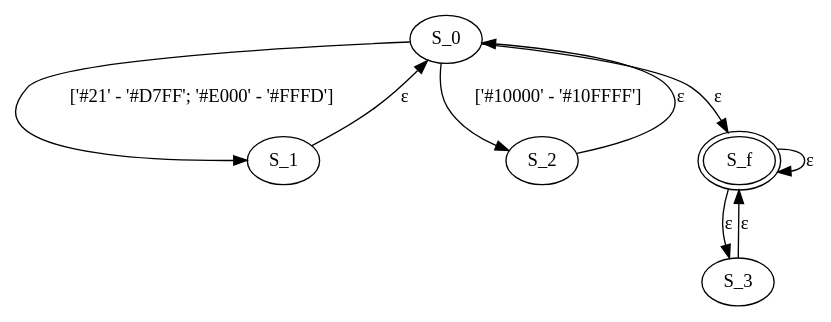
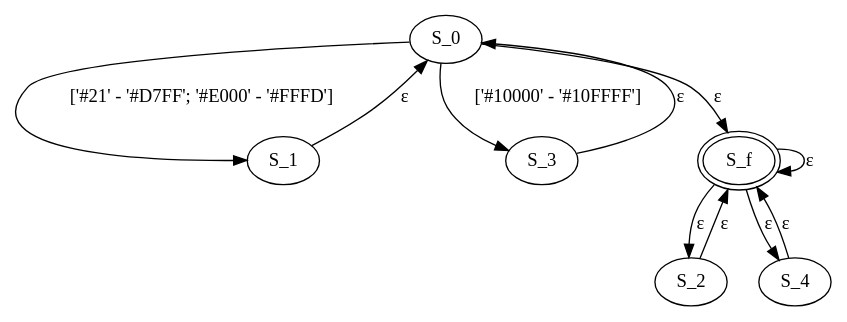
One commit to cmsmcq/gingersnap changed the diagram in toys/images/g012.fsa.dot. Above: the diagram before and after it, drawn with Graphviz. The commit also changed 7 other files, not shown here.

```diff
--- a/toys/images/g012.fsa.dot
+++ b/toys/images/g012.fsa.dot
@@ -1,20 +1,23 @@
 digraph rgfsa {
   /* Circles-and-arrows diagram of FSA from right-regular grammar. 
      Generated by rg-to-dot.xsl.
      Input:file:/Users/cmsmcq/2021/gingersnap/toys/g012.fsa.xml
-     Generated:2021-01-17T12:43:07.797974-07:00 */
+     Generated:2021-01-17T17:50:26.311168-07:00 */
 
 S_0 [label="S_0"]
 S_1 [label="S_1"]
 S_2 [label="S_2"]
 S_3 [label="S_3"]
+S_4 [label="S_4"]
 S_f [label="S_f" peripheries=2]
 S_0 -> S_1 [label="['#21' - '#D7FF'; '#E000' - '#FFFD']"];
-S_0 -> S_2 [label="['#10000' - '#10FFFF']"];
+S_0 -> S_3 [label="['#10000' - '#10FFFF']"];
 S_0 -> S_f [label="ε"];
 S_1 -> S_0 [label="ε"];
-S_2 -> S_0 [label="ε"];
-S_3 -> S_f [label="ε"];
-S_f -> S_3 [label="ε"];
+S_2 -> S_f [label="ε"];
+S_3 -> S_0 [label="ε"];
+S_4 -> S_f [label="ε"];
+S_f -> S_2 [label="ε"];
+S_f -> S_4 [label="ε"];
 S_f -> S_f [label="ε"];
 }
```
